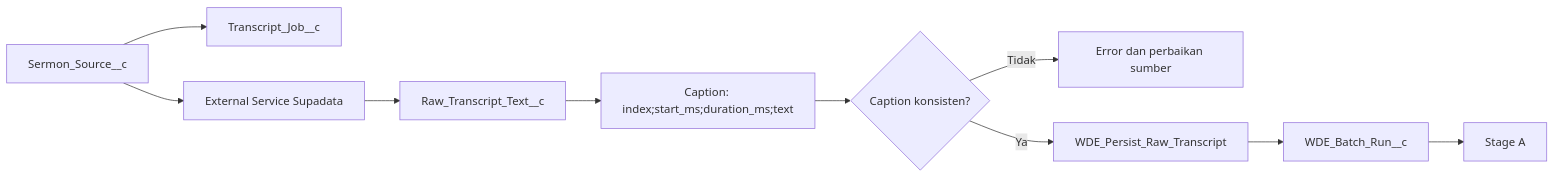
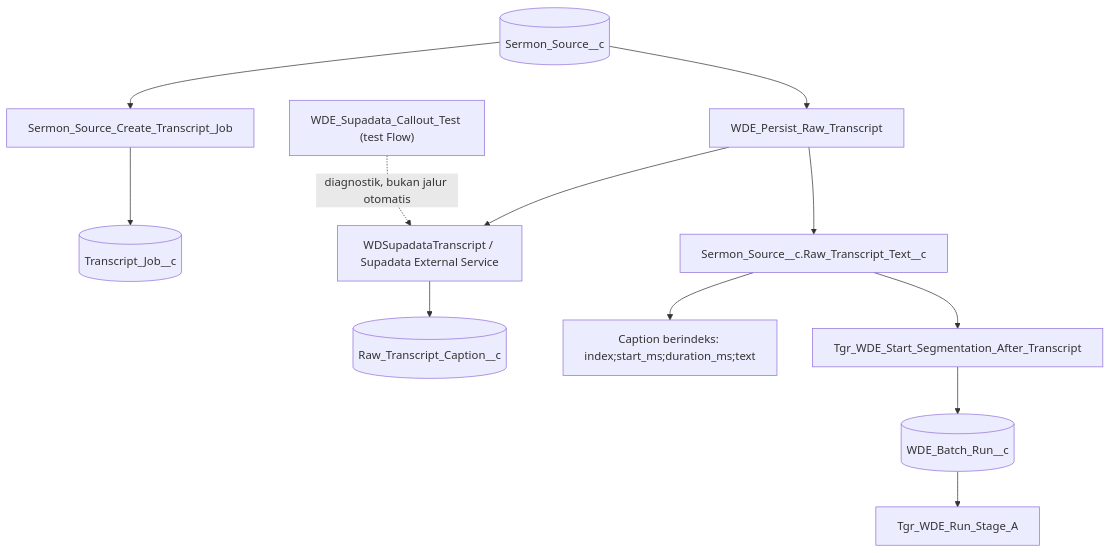
One commit to jimmytobing/Syntetic-Wisdom changed the fourth of 28 diagrams in SADD-WDE.md. Above: the diagram before and after it, drawn with Mermaid. The commit also changed other lines of this file, not shown here.

Commit message:
docs(wde): align visual SADD with two-workflow cleanup and label all Salesforce flows

````diff
--- a/SADD-WDE.md
+++ b/SADD-WDE.md
@@ -88,12 +85,14 @@
 ```mermaid
-flowchart LR
-  SRC["Sermon_Source__c"] --> TJOB["Transcript_Job__c"]
-  SRC --> SUP["External Service Supadata"]
-  SUP --> RAW["Raw_Transcript_Text__c"]
-  RAW --> FORMAT["Caption: index;start_ms;duration_ms;text"]
-  FORMAT --> VALID{"Caption konsisten?"}
-  VALID -- "Tidak" --> HOLD["Error dan perbaikan sumber"]
-  VALID -- "Ya" --> PERSIST["WDE_Persist_Raw_Transcript"]
-  PERSIST --> BATCH["WDE_Batch_Run__c"]
-  BATCH --> A["Stage A"]
+flowchart TD
+  SRC[("Sermon_Source__c")] --> JOB["Sermon_Source_Create_Transcript_Job"]
+  JOB --> TJOB[("Transcript_Job__c")]
+  SRC --> PERSIST["WDE_Persist_Raw_Transcript"]
+  PERSIST --> SERVICE["WDSupadataTranscript / Supadata External Service"]
+  SERVICE --> CAPTION[("Raw_Transcript_Caption__c")]
+  PERSIST --> RAW["Sermon_Source__c.Raw_Transcript_Text__c"]
+  RAW --> INDEX["Caption berindeks: index;start_ms;duration_ms;text"]
+  RAW --> TRIG["Tgr_WDE_Start_Segmentation_After_Transcript"]
+  TRIG --> BATCH[("WDE_Batch_Run__c")]
+  BATCH --> STAGE["Tgr_WDE_Run_Stage_A"]
+  TEST["WDE_Supadata_Callout_Test (test Flow)"] -. "diagnostik, bukan jalur otomatis" .-> SERVICE
 ```
````
